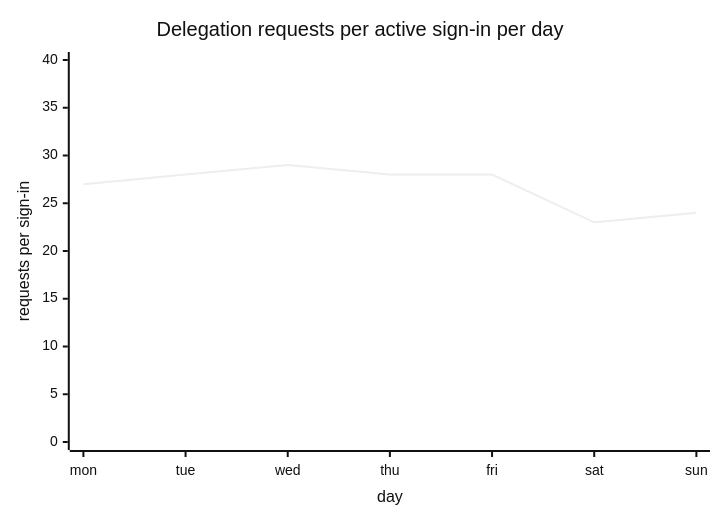
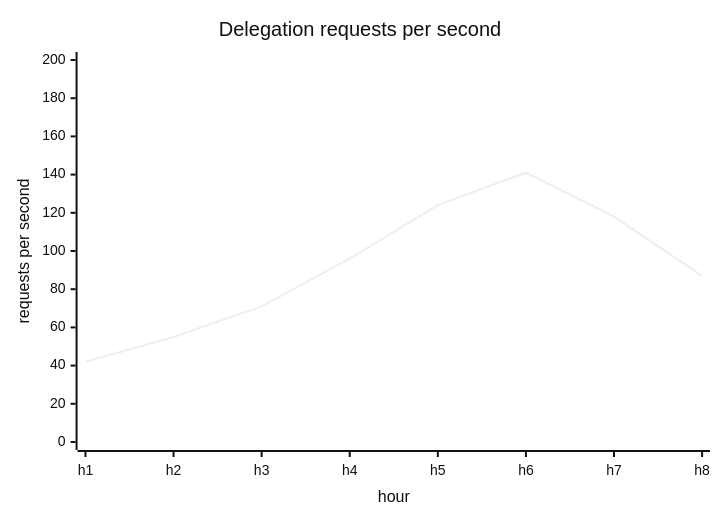
Before and after one commit to dfinity/internet-identity: diagram 21 of 33 in docs/ongoing/metrics.md, drawn with Mermaid (neutral theme). The commit also changed other lines of this file and 7 other files, not shown here.

````diff
--- a/docs/ongoing/metrics.md
+++ b/docs/ongoing/metrics.md
@@ -427,7 +595,7 @@
 ```mermaid
 xychart-beta
-  title "Delegation requests per active sign-in per day"
-  x-axis "day" [mon, tue, wed, thu, fri, sat, sun]
-  y-axis "requests per sign-in" 0 --> 40
-  line [27, 28, 29, 28, 28, 23, 24]
+  title "Delegation requests per second"
+  x-axis "hour" [h1, h2, h3, h4, h5, h6, h7, h8]
+  y-axis "requests per second" 0 --> 200
+  line [42, 55, 71, 96, 124, 141, 118, 87]
 ```
````
